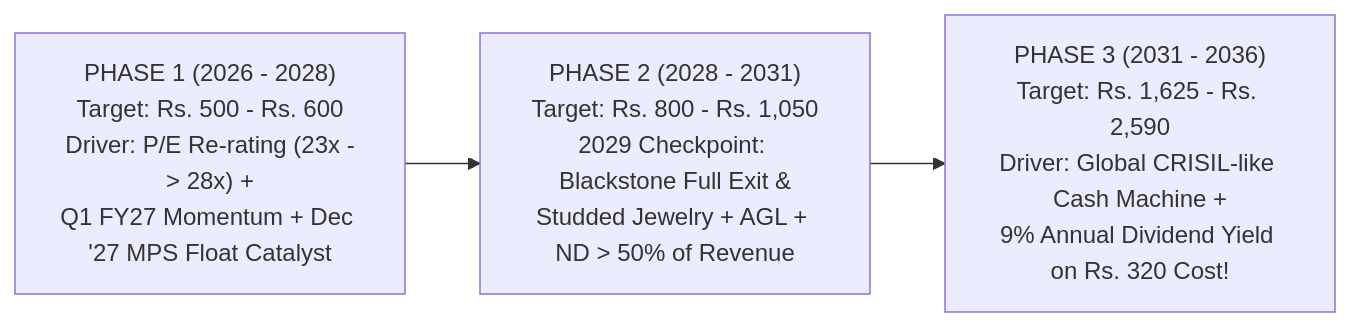
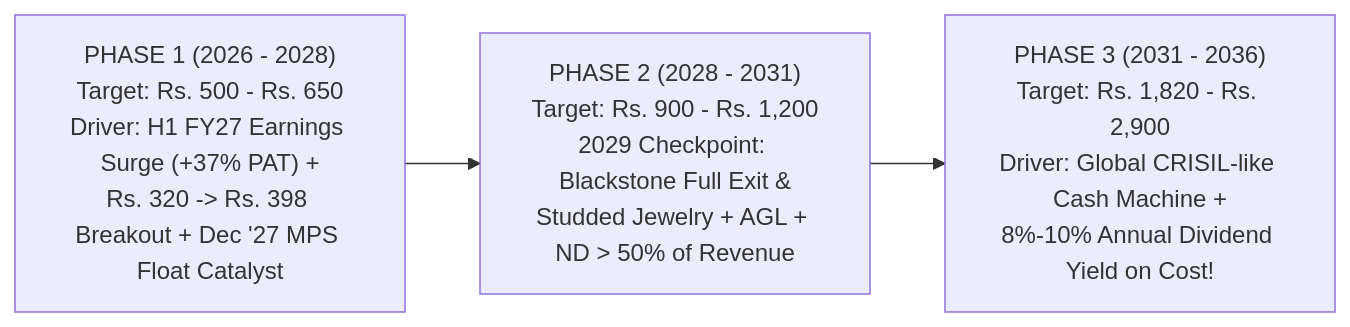
One commit to imagarg01/LearningStuff changed the second of 4 diagrams in docs/Finance/Companies/IGIL/Forensic-Valuation-And-Timing-Upgrade.md. Above: the diagram before and after it, drawn with Mermaid. The commit also changed other lines of this file and 2 other files, not shown here.

````diff
--- a/docs/Finance/Companies/IGIL/Forensic-Valuation-And-Timing-Upgrade.md
+++ b/docs/Finance/Companies/IGIL/Forensic-Valuation-And-Timing-Upgrade.md
@@ -199,7 +209,7 @@
 ```mermaid
 flowchart LR
-    P1["PHASE 1 (2026 - 2028)\nTarget: Rs. 500 - Rs. 600\nDriver: P/E Re-rating (23x -> 28x) +\nQ1 FY27 Momentum + Dec '27 MPS Float Catalyst"]
-    P2["PHASE 2 (2028 - 2031)\nTarget: Rs. 800 - Rs. 1,050\n2029 Checkpoint: Blackstone Full Exit &\nStudded Jewelry + AGL + ND > 50% of Revenue"]
-    P3["PHASE 3 (2031 - 2036)\nTarget: Rs. 1,625 - Rs. 2,590\nDriver: Global CRISIL-like Cash Machine +\n9% Annual Dividend Yield on Rs. 320 Cost!"]
+    P1["PHASE 1 (2026 - 2028)\nTarget: Rs. 500 - Rs. 650\nDriver: H1 FY27 Earnings Surge (+37% PAT) +\nRs. 320 -> Rs. 398 Breakout + Dec '27 MPS Float Catalyst"]
+    P2["PHASE 2 (2028 - 2031)\nTarget: Rs. 900 - Rs. 1,200\n2029 Checkpoint: Blackstone Full Exit &\nStudded Jewelry + AGL + ND > 50% of Revenue"]
+    P3["PHASE 3 (2031 - 2036)\nTarget: Rs. 1,820 - Rs. 2,900\nDriver: Global CRISIL-like Cash Machine +\n8%-10% Annual Dividend Yield on Cost!"]
     P1 --> P2 --> P3
 ```
````
